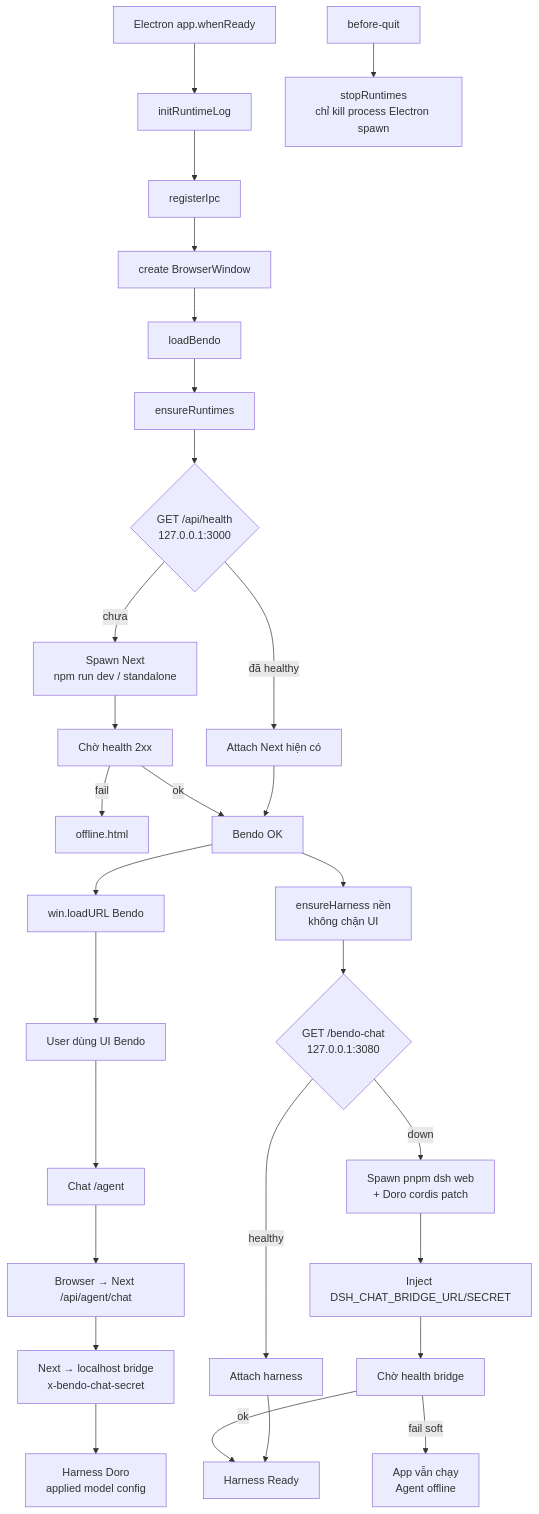
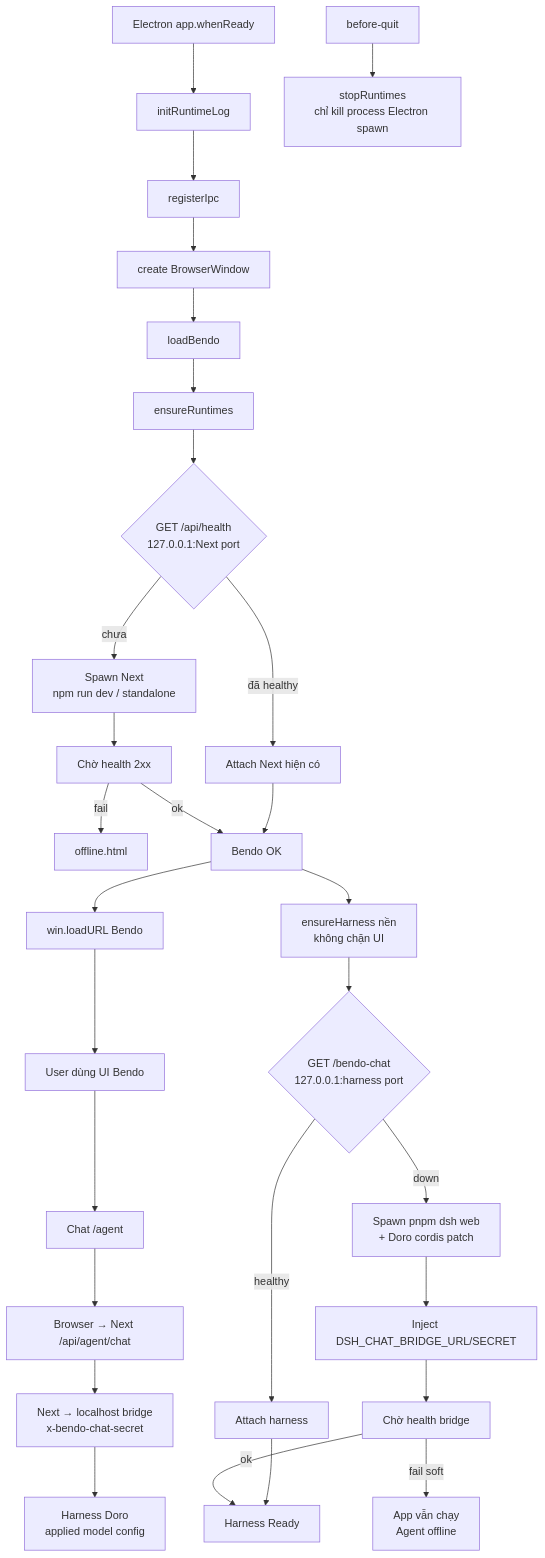
One commit to benguinsan/bendo changed the diagram in docs/desktop-electron-startup-flow.md. Above: the diagram before and after it, drawn with Mermaid. The commit also changed other lines of this file and 27 other files, not shown here.

````diff
--- a/docs/desktop-electron-startup-flow.md
+++ b/docs/desktop-electron-startup-flow.md
@@ -11,37 +13,37 @@
 ```mermaid
 flowchart TD
   A[Electron app.whenReady] --> B[initRuntimeLog]
   B --> C[registerIpc]
   C --> D[create BrowserWindow]
   D --> E[loadBendo]
   E --> F[ensureRuntimes]
 
-  F --> G{GET /api/health<br/>127.0.0.1:3000}
+  F --> G{GET /api/health<br/>127.0.0.1:Next port}
   G -->|đã healthy| H[Attach Next hiện có]
   G -->|chưa| I[Spawn Next<br/>npm run dev / standalone]
   I --> J[Chờ health 2xx]
   J -->|fail| K[offline.html]
   J -->|ok| L[Bendo OK]
   H --> L
 
   L --> M[win.loadURL Bendo]
   L --> N[ensureHarness nền<br/>không chặn UI]
 
-  N --> O{GET /bendo-chat<br/>127.0.0.1:3080}
+  N --> O{GET /bendo-chat<br/>127.0.0.1:harness port}
   O -->|healthy| P[Attach harness]
   O -->|down| Q[Spawn pnpm dsh web<br/>+ Doro cordis patch]
   Q --> R[Inject DSH_CHAT_BRIDGE_URL/SECRET]
   R --> S[Chờ health bridge]
   S -->|fail soft| T[App vẫn chạy<br/>Agent offline]
   S -->|ok| U[Harness Ready]
   P --> U
 
   M --> V[User dùng UI Bendo]
 
   V --> W[Chat /agent]
   W --> X[Browser → Next /api/agent/chat]
   X --> Y[Next → localhost bridge<br/>x-bendo-chat-secret]
   Y --> Z[Harness Doro<br/>applied model config]
 
   QQ[before-quit] --> RR[stopRuntimes<br/>chỉ kill process Electron spawn]
 ```
````
